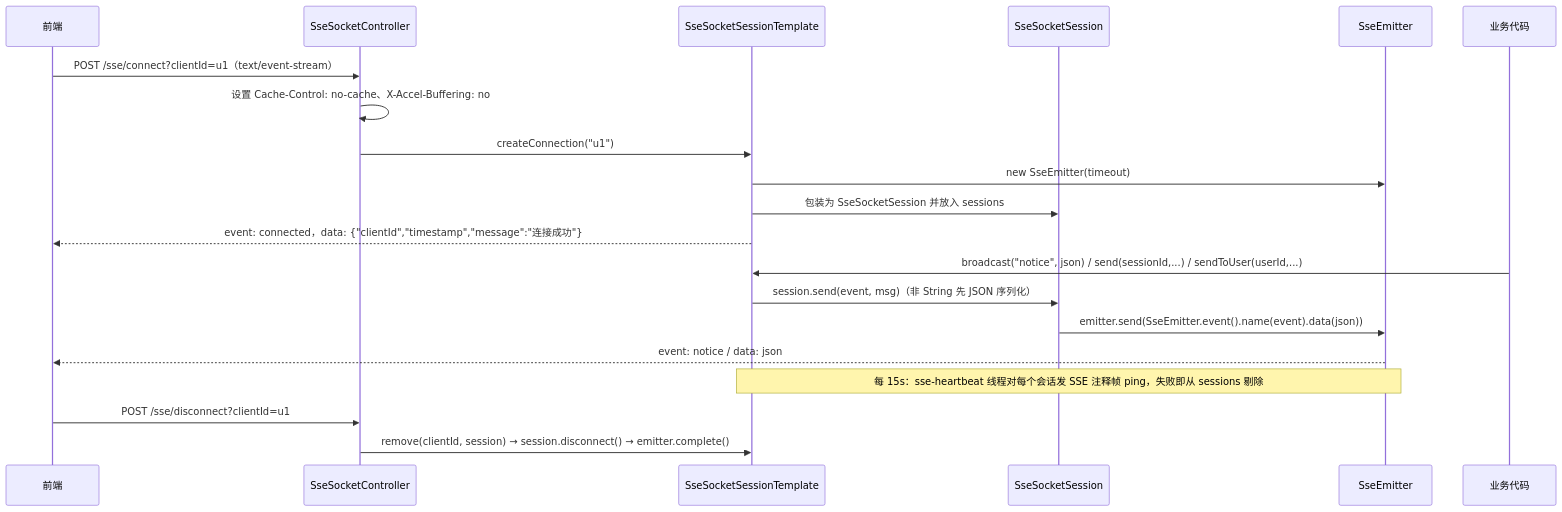
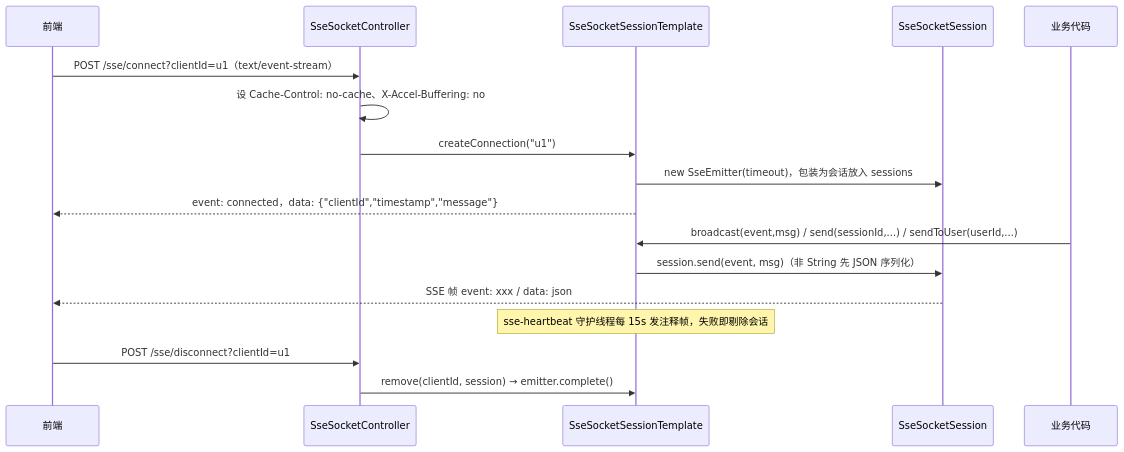
Before and after one commit to CHTK001/spring-support-parent-starter: the second of 2 diagrams in spring-support-socket-sse-starter/README.md, drawn with Mermaid. The commit also changed other lines of this file and 54 other files, not shown here.

````diff
--- a/spring-support-socket-sse-starter/README.md
+++ b/spring-support-socket-sse-starter/README.md
@@ -104,23 +44,19 @@
 ```mermaid
 sequenceDiagram
     participant FE as 前端
     participant C as SseSocketController
     participant T as SseSocketSessionTemplate
     participant S as SseSocketSession
-    participant E as SseEmitter
     participant BIZ as 业务代码
-
     FE->>C: POST /sse/connect?clientId=u1（text/event-stream）
-    C->>C: 设置 Cache-Control: no-cache、X-Accel-Buffering: no
+    C->>C: 设 Cache-Control: no-cache、X-Accel-Buffering: no
     C->>T: createConnection("u1")
-    T->>E: new SseEmitter(timeout)
-    T->>S: 包装为 SseSocketSession 并放入 sessions
-    T-->>FE: event: connected，data: {"clientId","timestamp","message":"连接成功"}
-    BIZ->>T: broadcast("notice", json) / send(sessionId,...) / sendToUser(userId,...)
+    T->>S: new SseEmitter(timeout)，包装为会话放入 sessions
+    T-->>FE: event: connected，data: {"clientId","timestamp","message"}
+    BIZ->>T: broadcast(event,msg) / send(sessionId,...) / sendToUser(userId,...)
     T->>S: session.send(event, msg)（非 String 先 JSON 序列化）
-    S->>E: emitter.send(SseEmitter.event().name(event).data(json))
-    E-->>FE: event: notice / data: json
-    Note over T,E: 每 15s：sse-heartbeat 线程对每个会话发 SSE 注释帧 ping，失败即从 sessions 剔除
+    S-->>FE: SSE 帧 event: xxx / data: json
+    Note over T: sse-heartbeat 守护线程每 15s 发注释帧，失败即剔除会话
     FE->>C: POST /sse/disconnect?clientId=u1
-    C->>T: remove(clientId, session) → session.disconnect() → emitter.complete()
+    C->>T: remove(clientId, session) → emitter.complete()
 ```
````
